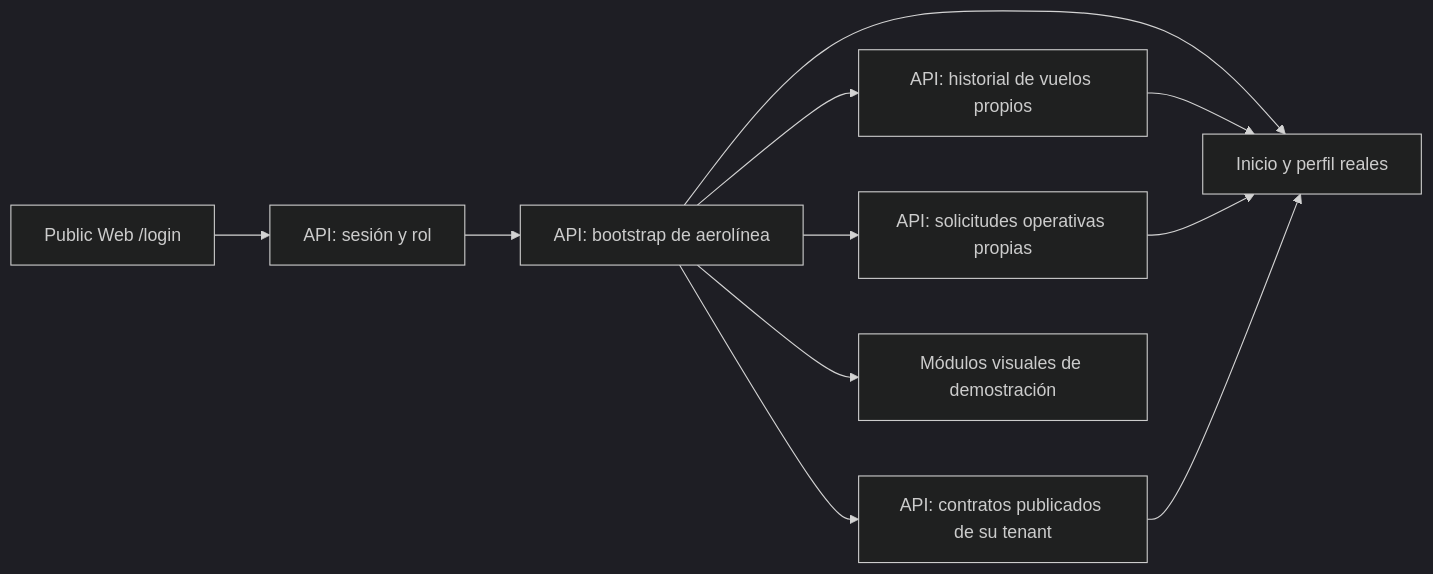
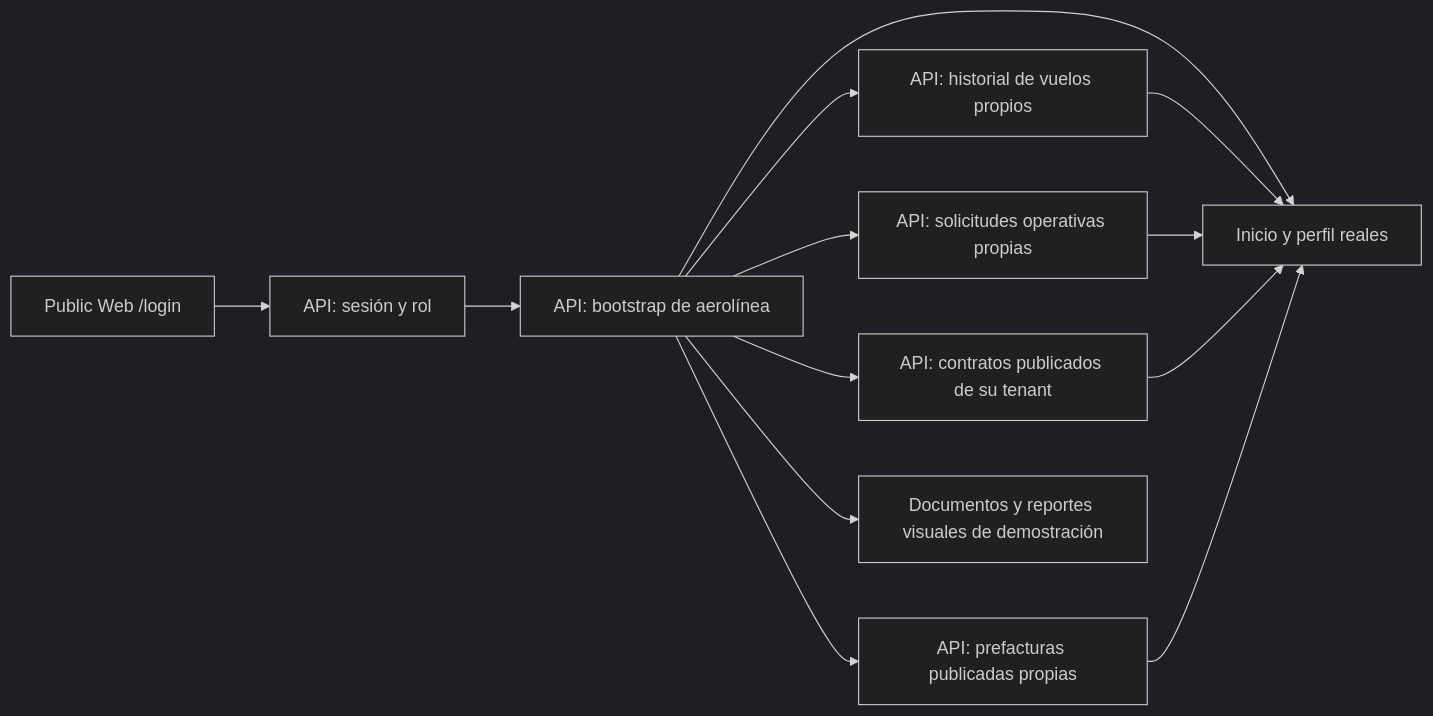
The diagram in Vault/05-aplicaciones/public-web-portal.md (ErickEduardo027/ELEVANT), drawn with Mermaid (dark theme) before and after one commit. The commit also changed other lines of this file and 26 other files, not shown here.

````diff
--- a/Vault/05-aplicaciones/public-web-portal.md
+++ b/Vault/05-aplicaciones/public-web-portal.md
@@ -70,13 +72,15 @@
 ```mermaid
 flowchart LR
     L[Public Web /login] --> A[API: sesión y rol]
     A --> B[API: bootstrap de aerolínea]
     B --> R[Inicio y perfil reales]
     B --> H[API: historial de vuelos propios]
     H --> R
     B --> Q[API: solicitudes operativas propias]
     Q --> R
     B --> C[API: contratos publicados de su tenant]
     C --> R
-    B --> P[Módulos visuales de demostración]
+    B --> F[API: prefacturas publicadas propias]
+    F --> R
+    B --> P[Documentos y reportes visuales de demostración]
 ```
````
